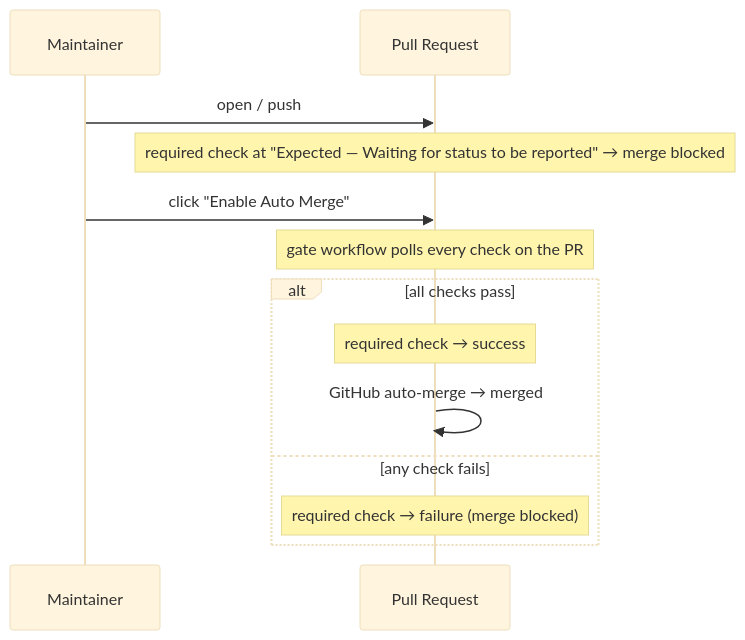
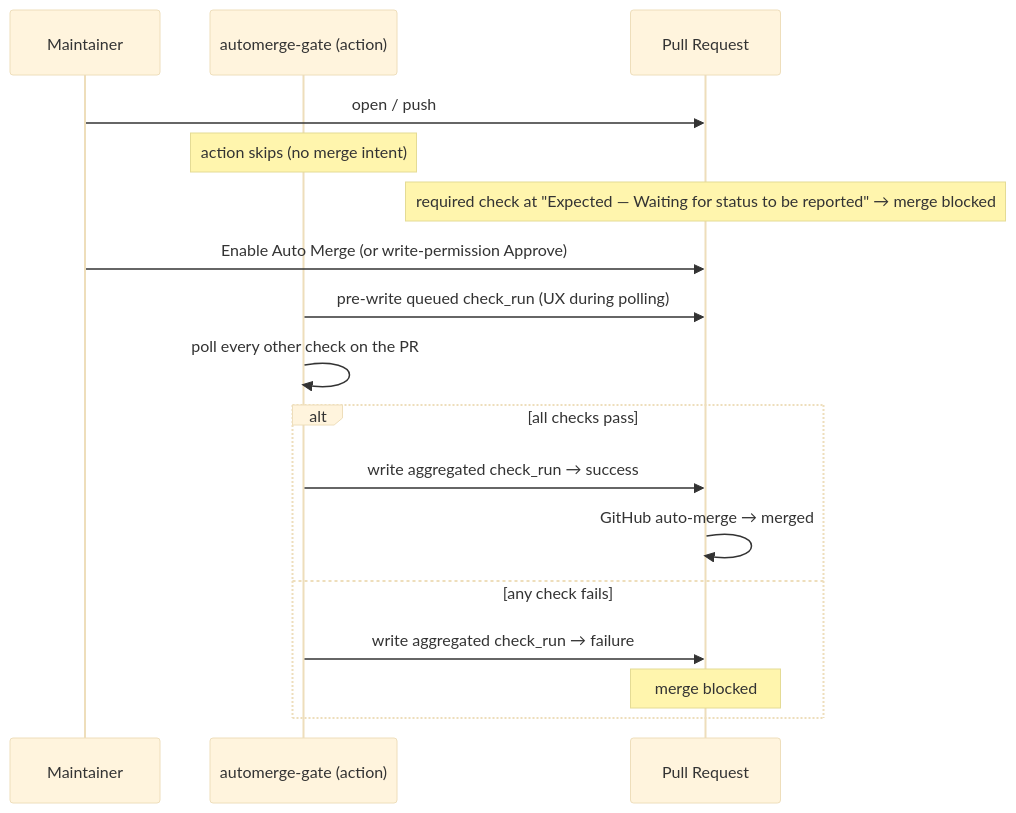
One commit to pkgdeps/check-suite-gate changed the first of 2 diagrams in README.md. Above: the diagram before and after it, drawn with Mermaid (base theme). The commit also changed other lines of this file and 5 other files, not shown here.

````diff
--- a/README.md
+++ b/README.md
@@ -17,18 +23,22 @@
 ```mermaid
 sequenceDiagram
     participant U as Maintainer
+    participant A as automerge-gate (action)
     participant PR as Pull Request
 
     U->>PR: open / push
+    Note over A: action skips (no merge intent)
     Note over PR: required check at "Expected — Waiting for status to be reported" → merge blocked
 
-    U->>PR: click "Enable Auto Merge"
-    Note over PR: gate workflow polls every check on the PR
+    U->>PR: Enable Auto Merge (or write-permission Approve)
+    A->>PR: pre-write queued check_run (UX during polling)
+    A->>A: poll every other check on the PR
 
     alt all checks pass
-        Note over PR: required check → success
+        A->>PR: write aggregated check_run → success
         PR->>PR: GitHub auto-merge → merged
     else any check fails
-        Note over PR: required check → failure (merge blocked)
+        A->>PR: write aggregated check_run → failure
+        Note over PR: merge blocked
     end
 ```
````
